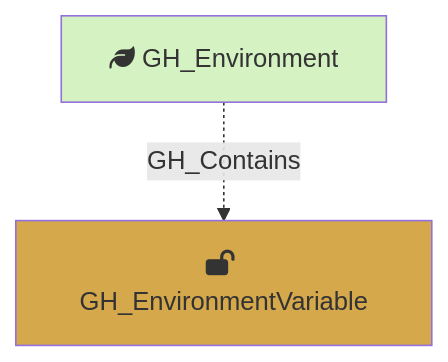
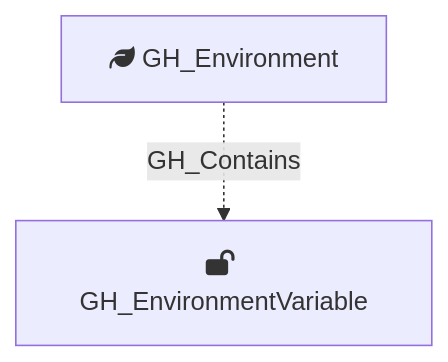
One commit to SpecterOps/GitHound changed the diagram in Documentation/NodeDescriptions/GH_EnvironmentVariable.md. Above: the diagram before and after it, drawn with Mermaid. The commit also changed 23 other files, not shown here.

Commit message:
rm mermaid box colors

````diff
--- a/Documentation/NodeDescriptions/GH_EnvironmentVariable.md
+++ b/Documentation/NodeDescriptions/GH_EnvironmentVariable.md
@@ -38,10 +38,8 @@
 ```mermaid
 flowchart TD
     GH_Environment[fa:fa-leaf GH_Environment]
     GH_EnvironmentVariable[fa:fa-lock-open GH_EnvironmentVariable]
 
-    style GH_Environment fill:#D5F2C2
-    style GH_EnvironmentVariable fill:#D4A84B
 
     GH_Environment -.->|GH_Contains| GH_EnvironmentVariable
 ```
````
